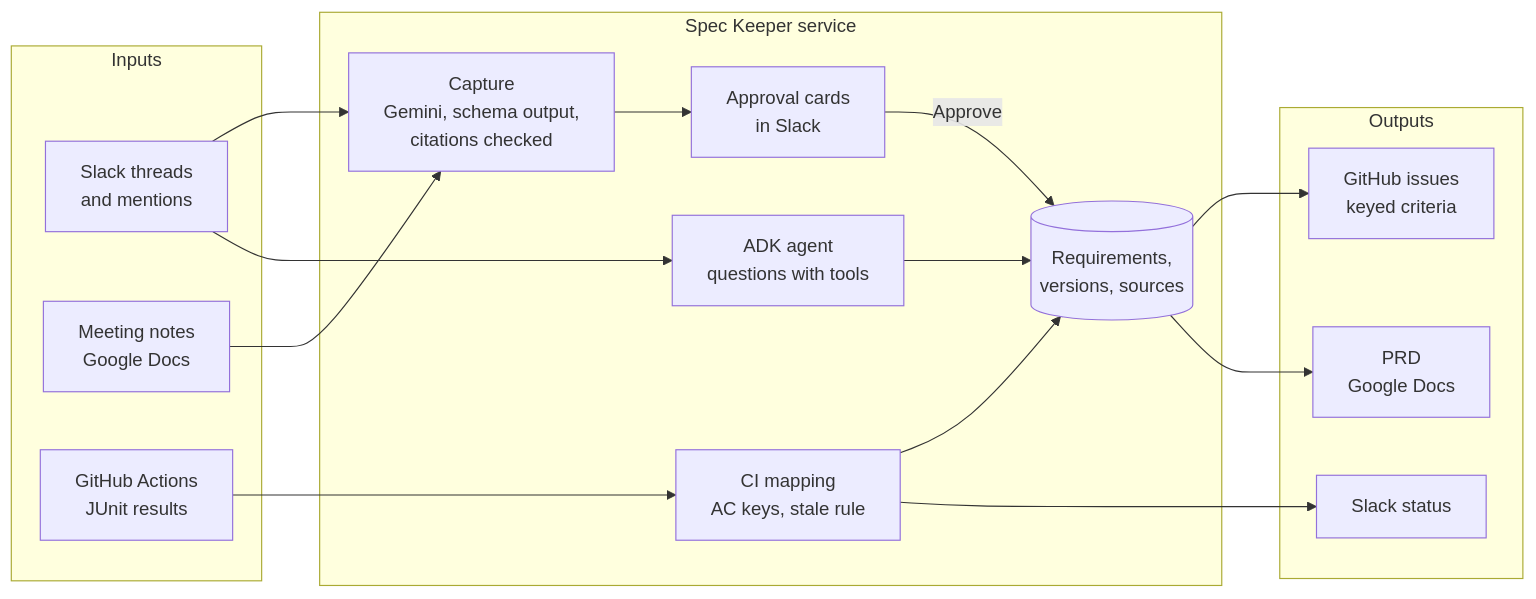
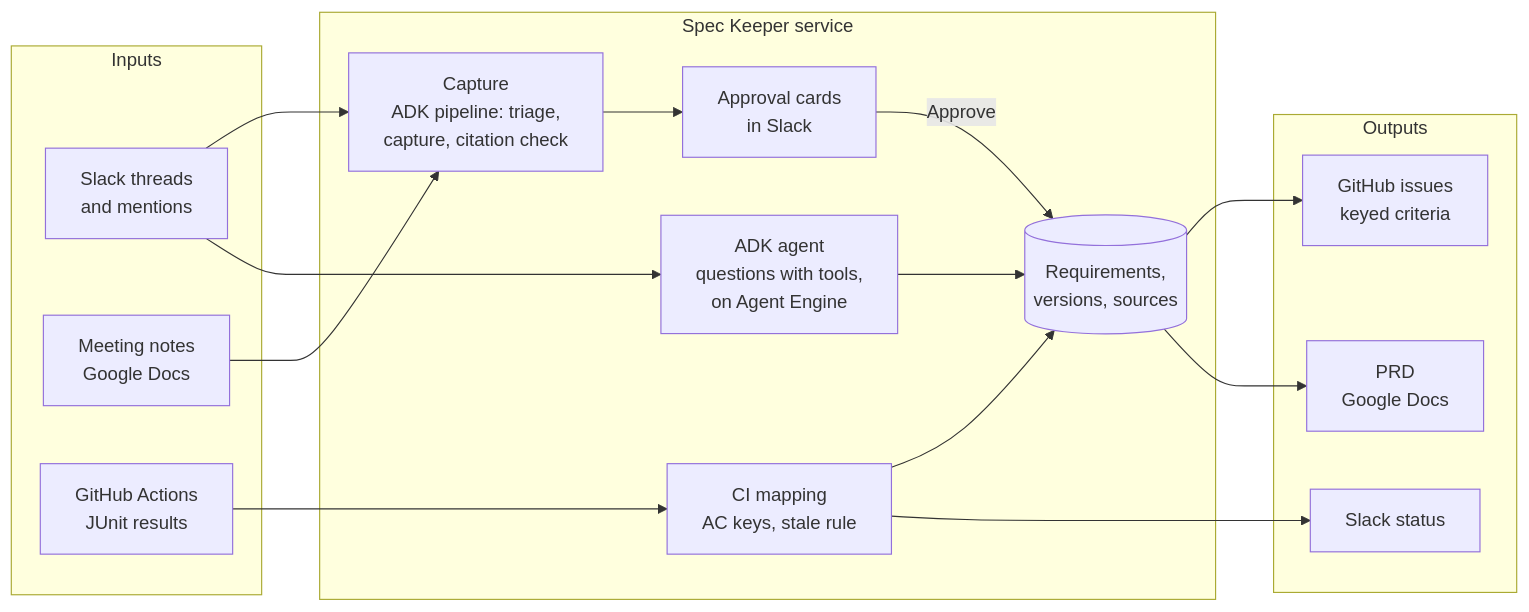
The diagram in README.md (taqelah/speckeeper), drawn with Mermaid before and after one commit. The commit also changed other lines of this file and 1 other file, not shown here.

First line of the commit message:
README and AGENTS.md: catch up with the pipelines, Agent Engine and security changes

````diff
--- a/README.md
+++ b/README.md
@@ -39,31 +39,31 @@
 ```mermaid
 flowchart LR
     subgraph Inputs
         S[Slack threads<br/>and mentions]
         M[Meeting notes<br/>Google Docs]
         A[GitHub Actions<br/>JUnit results]
     end
     subgraph Spec Keeper [Spec Keeper service]
-        E[Capture<br/>Gemini, schema output,<br/>citations checked]
+        E[Capture<br/>ADK pipeline: triage,<br/>capture, citation check]
         G[Approval cards<br/>in Slack]
-        Q[ADK agent<br/>questions with tools]
+        Q[ADK agent<br/>questions with tools,<br/>on Agent Engine]
         C[CI mapping<br/>AC keys, stale rule]
         D[(Requirements,<br/>versions, sources)]
     end
     subgraph Outputs
         I[GitHub issues<br/>keyed criteria]
         P[PRD<br/>Google Docs]
         R[Slack status]
     end
     S --> E
     M --> E
     E --> G
     G -- Approve --> D
     D --> I
     D --> P
     A --> C
     C --> D
     C --> R
     S --> Q
     Q --> D
 ```
````
